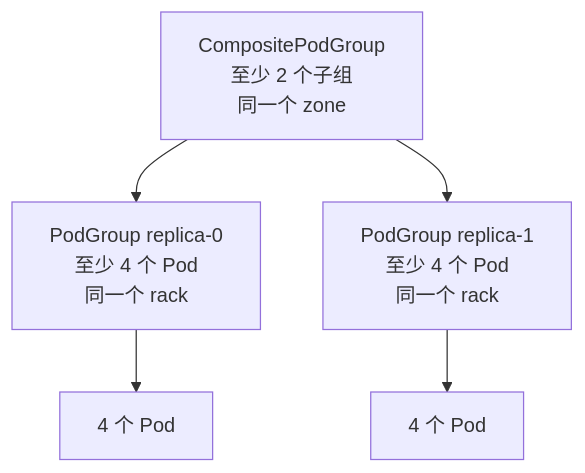
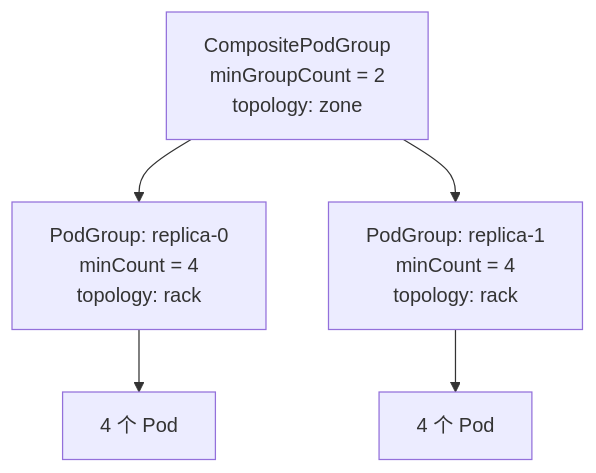
Before and after one commit to JesseStutler/volcano: the fourth of 11 diagrams in docs/research/k8s-workload-aware-scheduling-vs-volcano-cn.md, drawn with Mermaid. The commit also changed other lines of this file and 1 other file, not shown here.

````diff
--- a/docs/research/k8s-workload-aware-scheduling-vs-volcano-cn.md
+++ b/docs/research/k8s-workload-aware-scheduling-vs-volcano-cn.md
@@ -309,10 +232,10 @@
 ```mermaid
 flowchart TD
-    Root["CompositePodGroup<br/>至少 2 个子组<br/>同一个 zone"]
-    R0["PodGroup replica-0<br/>至少 4 个 Pod<br/>同一个 rack"]
-    R1["PodGroup replica-1<br/>至少 4 个 Pod<br/>同一个 rack"]
+    Root["CompositePodGroup<br/>minGroupCount = 2<br/>topology: zone"]
+    R0["PodGroup: replica-0<br/>minCount = 4<br/>topology: rack"]
+    R1["PodGroup: replica-1<br/>minCount = 4<br/>topology: rack"]
     Root --> R0
     Root --> R1
     R0 --> P0["4 个 Pod"]
     R1 --> P1["4 个 Pod"]
 ```
````
